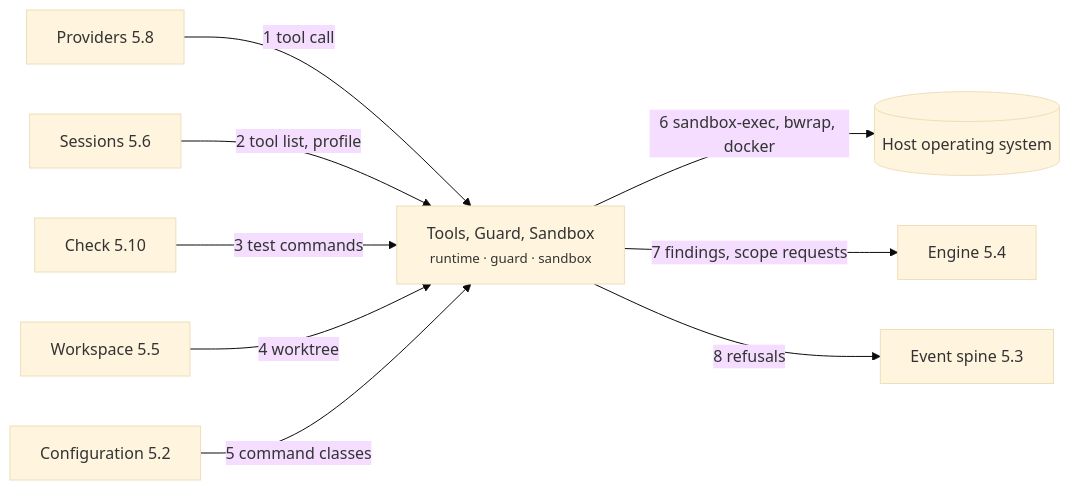
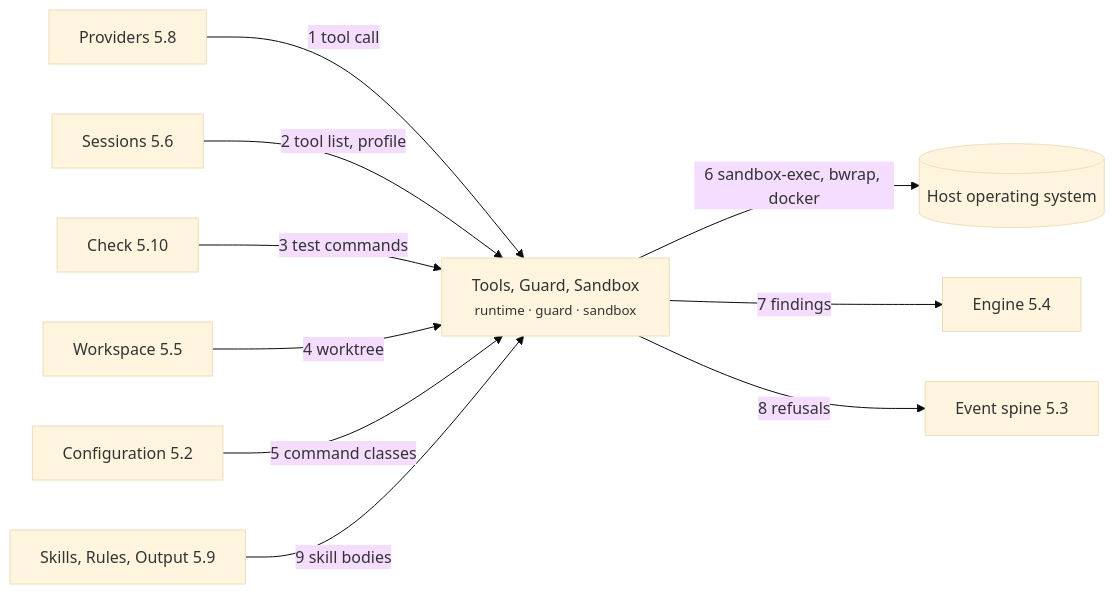
Diagram 17 of 45 in docs/hld.md (rdevitto86/komodo-agentic-harness-coding), drawn with Mermaid (base theme) before and after one commit. The commit also changed other lines of this file, not shown here.

````diff
--- a/docs/hld.md
+++ b/docs/hld.md
@@ -899,20 +901,22 @@
 ```mermaid
 flowchart LR
   PR["Providers 5.8"]
   SE["Sessions 5.6"]
   CK["Check 5.10"]
   TS["Tools, Guard, Sandbox<br><small>runtime · guard · sandbox</small>"]:::core
   OS[("Host operating system")]:::ext
   EN["Engine 5.4"]
   SP["Event spine 5.3"]
   WS["Workspace 5.5"]
   CF["Configuration 5.2"]
+  SK["Skills, Rules, Output 5.9"]
   PR -->|"1 tool call"| TS
   SE -->|"2 tool list, profile"| TS
   CK -->|"3 test commands"| TS
   WS -->|"4 worktree"| TS
   CF -->|"5 command classes"| TS
   TS -->|"6 sandbox-exec, bwrap, docker"| OS
-  TS -->|"7 findings, scope requests"| EN
+  TS -->|"7 findings"| EN
   TS -->|"8 refusals"| SP
+  SK -->|"9 skill bodies"| TS
 ```
````
